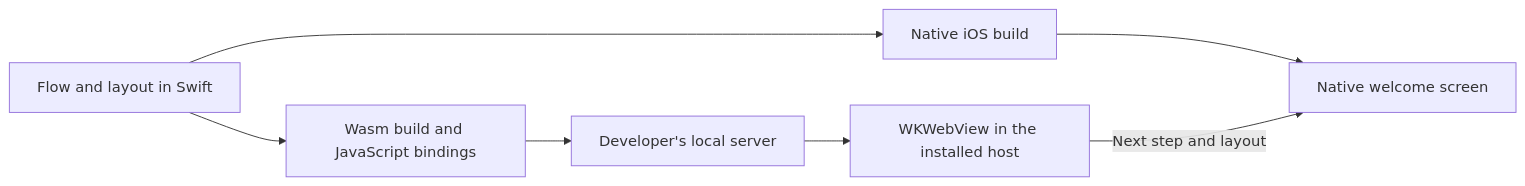
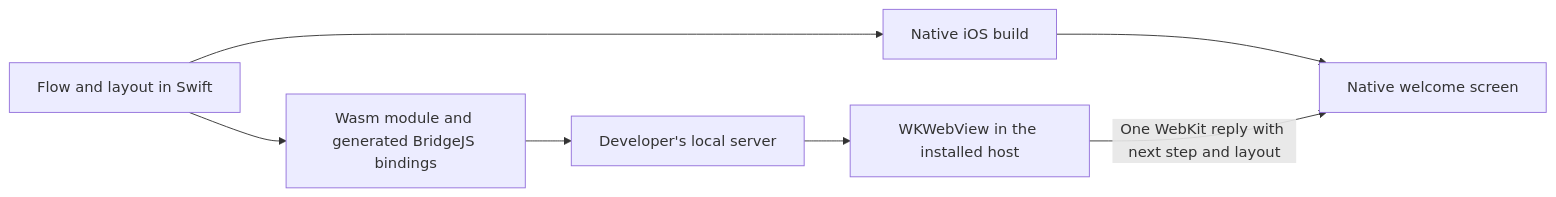
Before and after one commit to kyleve/Stuff: the diagram in Plans/2026-11-20-swift-feature-delivery/01-device-experiment.md, drawn with Mermaid. The commit also changed other lines of this file and 1 other file, not shown here.

Commit message:
docs(plans): try BridgeJS in the Swift device experiment

````diff
--- a/Plans/2026-11-20-swift-feature-delivery/01-device-experiment.md
+++ b/Plans/2026-11-20-swift-feature-delivery/01-device-experiment.md
@@ -9,9 +9,9 @@
 ```mermaid
 flowchart LR
     S["Flow and layout in Swift"] --> N["Native iOS build"]
-    S --> W["Wasm build and JavaScript bindings"]
+    S --> W["Wasm module and generated BridgeJS bindings"]
     W --> D["Developer's local server"]
     D --> K["WKWebView in the installed host"]
     N --> V["Native welcome screen"]
-    K -->|Next step and layout| V
+    K -->|One WebKit reply with next step and layout| V
 ```
````
